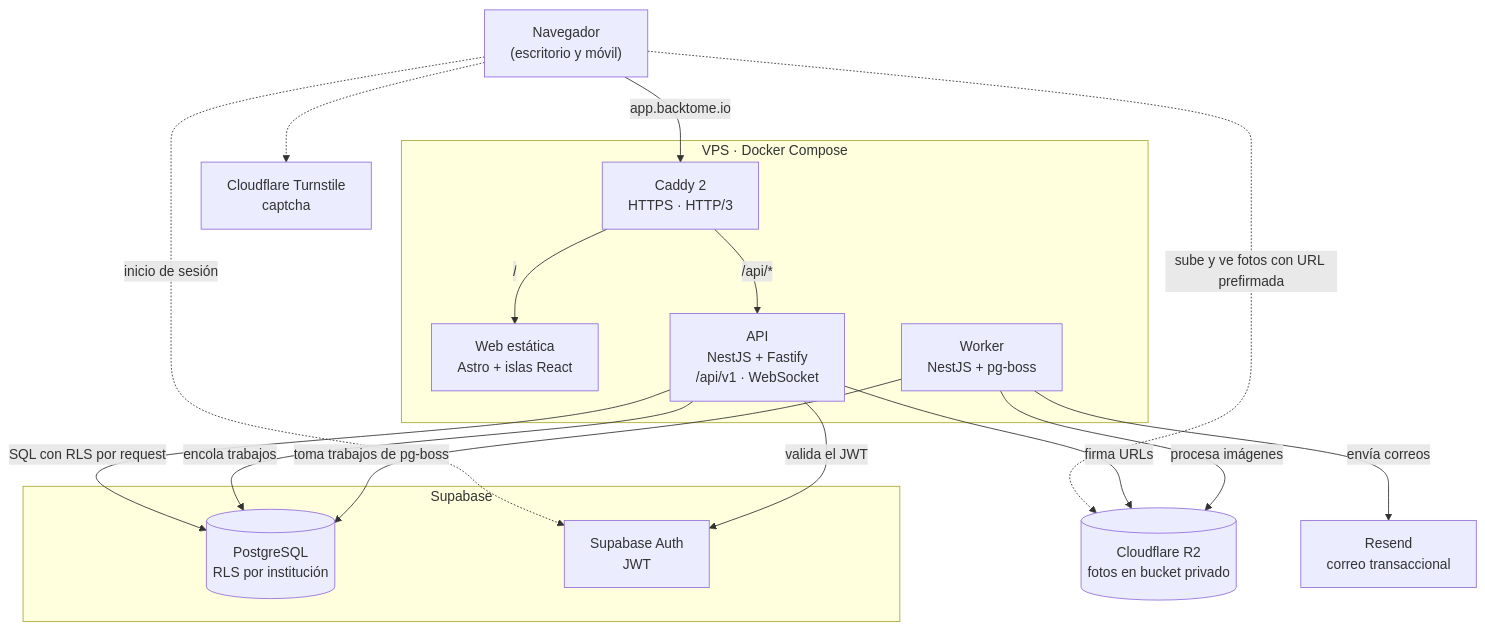
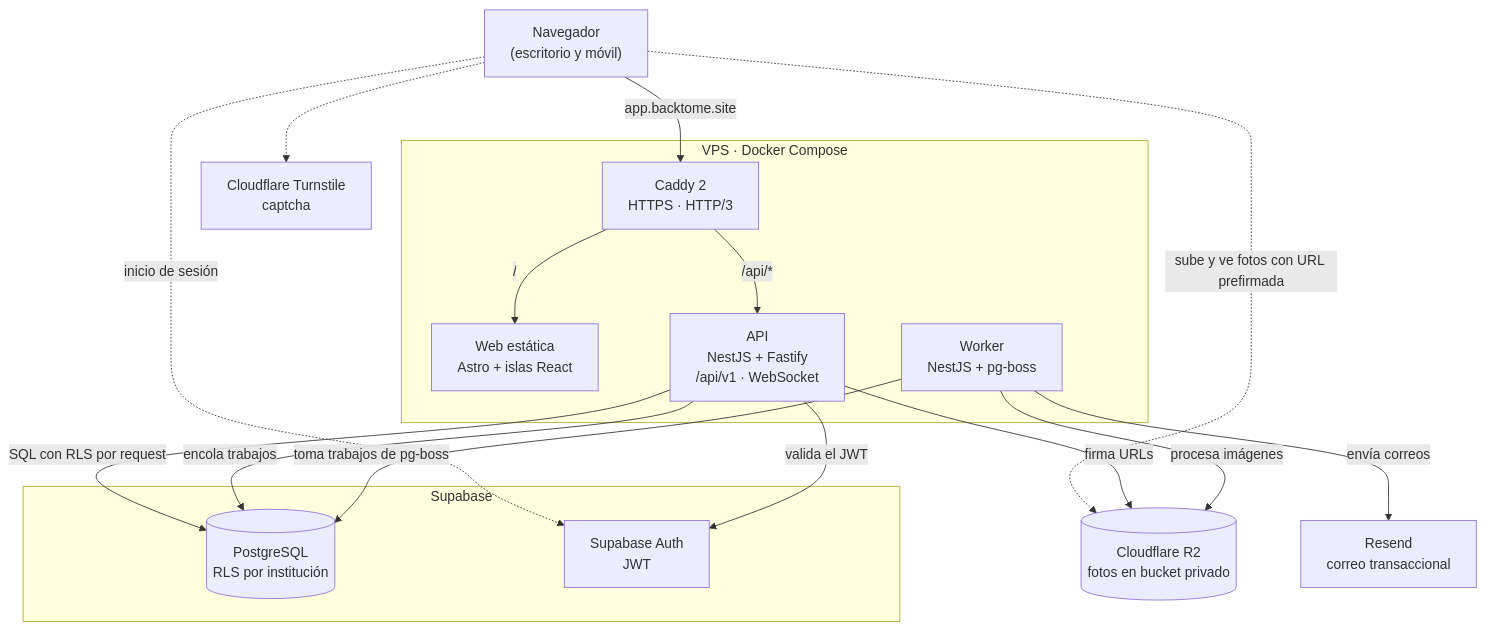
Before and after one commit to RisasDev/Capstone: the diagram in README.md, drawn with Mermaid.

````diff
--- a/README.md
+++ b/README.md
@@ -198,34 +198,34 @@
 ```mermaid
 flowchart TB
     U["Navegador<br/>(escritorio y móvil)"]
 
     subgraph VPS["VPS · Docker Compose"]
         C["Caddy 2<br/>HTTPS · HTTP/3"]
         W["Web estática<br/>Astro + islas React"]
         A["API<br/>NestJS + Fastify<br/>/api/v1 · WebSocket"]
         K["Worker<br/>NestJS + pg-boss"]
     end
 
     subgraph SB["Supabase"]
         DB[("PostgreSQL<br/>RLS por institución")]
         AU["Supabase Auth<br/>JWT"]
     end
 
     R2[("Cloudflare R2<br/>fotos en bucket privado")]
     RS["Resend<br/>correo transaccional"]
     TS["Cloudflare Turnstile<br/>captcha"]
 
-    U -->|"app.backtome.io"| C
+    U -->|"app.backtome.site"| C
     C -->|"/"| W
     C -->|"/api/*"| A
     U -.->|"inicio de sesión"| AU
     U -.->|"sube y ve fotos con URL prefirmada"| R2
     U -.-> TS
     A -->|"SQL con RLS por request"| DB
     A -->|"valida el JWT"| AU
     A -->|"firma URLs"| R2
     A -->|"encola trabajos"| DB
     K -->|"toma trabajos de pg-boss"| DB
     K -->|"procesa imágenes"| R2
     K -->|"envía correos"| RS
 ```
````
